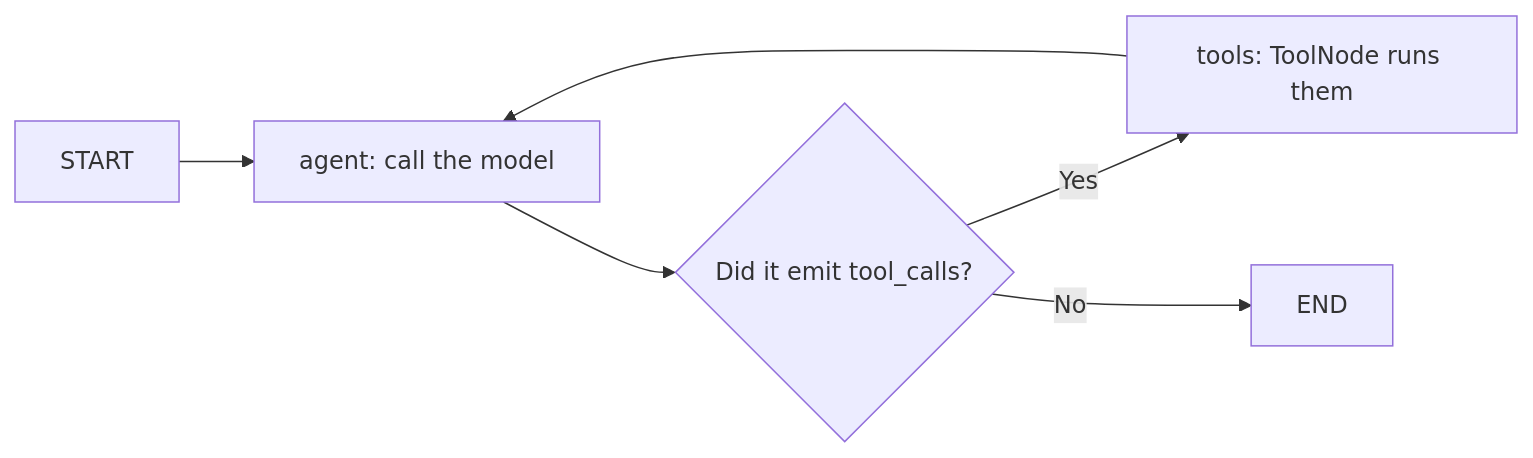
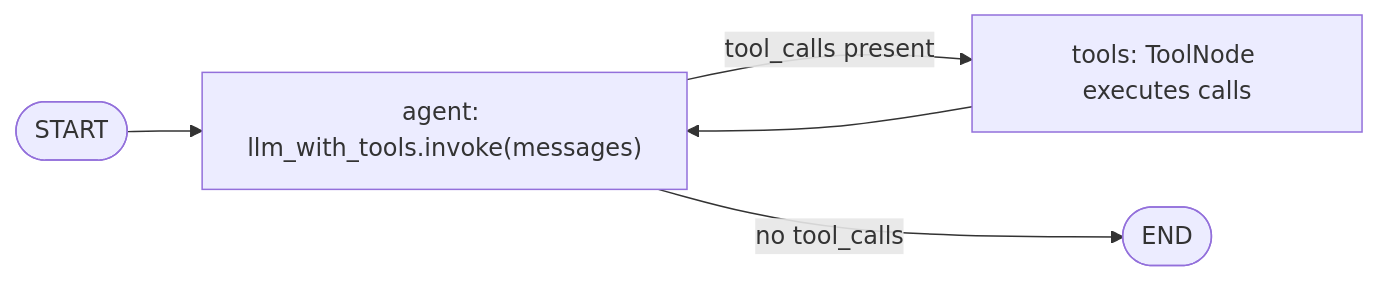
The third of 8 diagrams in tutorials/03_langgraph_fundamentals_INTERVIEW_TUTORIAL.md (Sourav692/AI-ENGINEERING-DEMYSTIFIED), drawn with Mermaid before and after one commit. The commit also changed other lines of this file and 13 other files, not shown here.

````diff
--- a/tutorials/03_langgraph_fundamentals_INTERVIEW_TUTORIAL.md
+++ b/tutorials/03_langgraph_fundamentals_INTERVIEW_TUTORIAL.md
@@ -283,8 +219,7 @@
 ```mermaid
 flowchart LR
-  S["START"] --> A["agent: call the model"]
-  A --> C{"Did it emit tool_calls?"}
-  C -->|"Yes"| T["tools: ToolNode runs them"]
-  T --> A
-  C -->|"No"| E["END"]
+    START(["START"]) --> A["agent: llm_with_tools.invoke(messages)"]
+    A -->|"tool_calls present"| T["tools: ToolNode executes calls"]
+    A -->|"no tool_calls"| END(["END"])
+    T --> A
 ```
````
